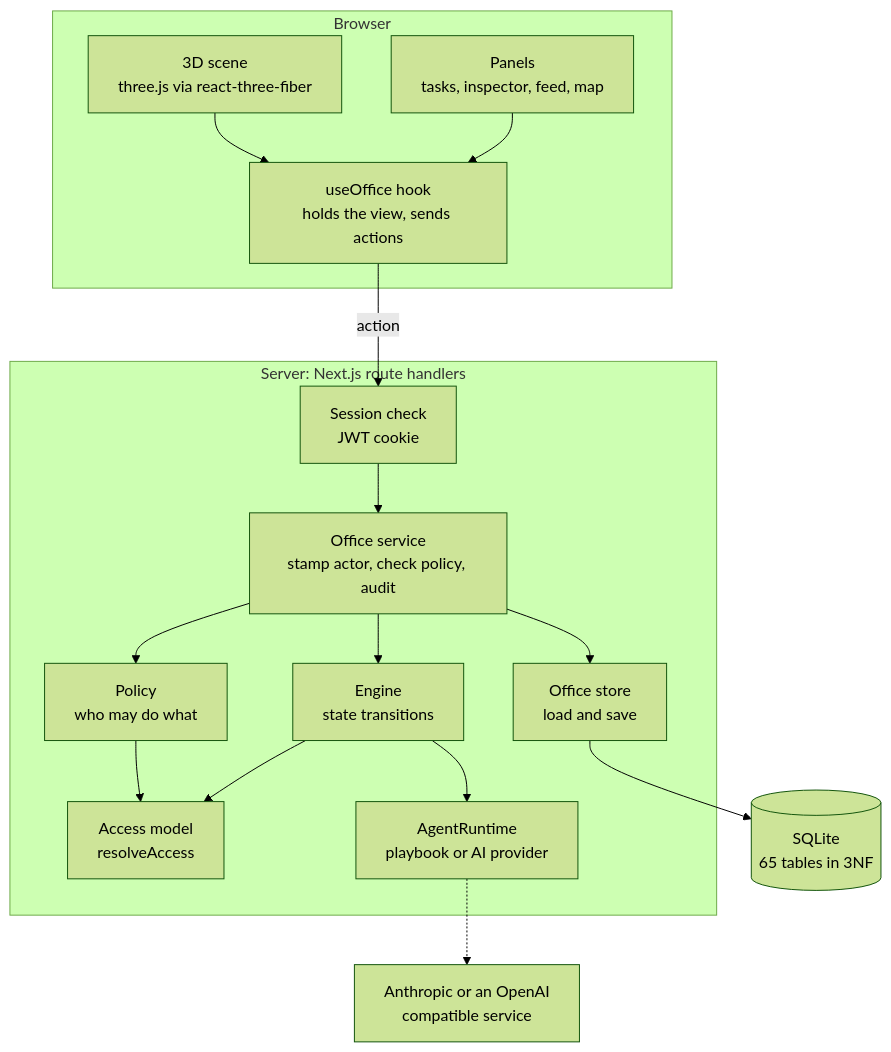
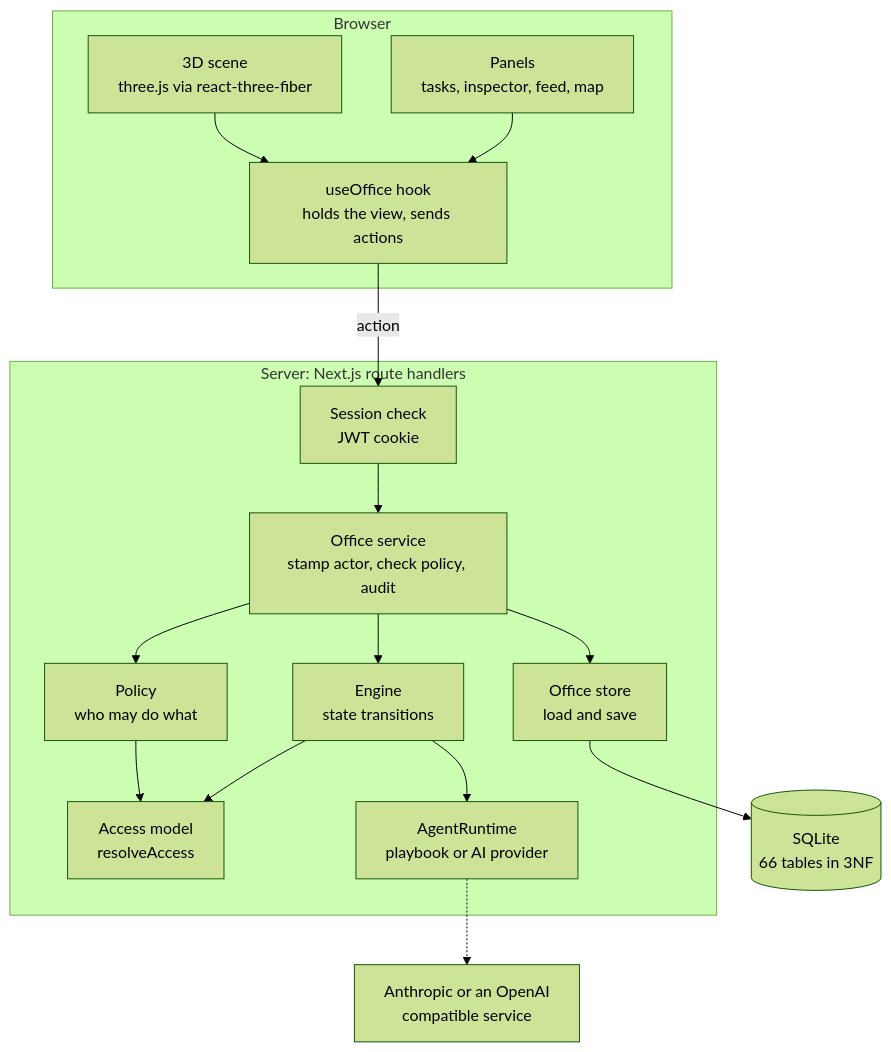
Before and after one commit to seyitgkc/ai-virtual-office: the first of 16 diagrams in README.md, drawn with Mermaid (forest theme). The commit also changed other lines of this file and 16 other files, not shown here.

````diff
--- a/README.md
+++ b/README.md
@@ -735,34 +747,34 @@
 ```mermaid
 flowchart TB
   subgraph Browser
     scene["3D scene<br/>three.js via react-three-fiber"]
     panels["Panels<br/>tasks, inspector, feed, map"]
     hook["useOffice hook<br/>holds the view, sends actions"]
     scene --> hook
     panels --> hook
   end
 
   subgraph Server["Server: Next.js route handlers"]
     http["Session check<br/>JWT cookie"]
     service["Office service<br/>stamp actor, check policy, audit"]
     policy["Policy<br/>who may do what"]
     engine["Engine<br/>state transitions"]
     access["Access model<br/>resolveAccess"]
     runtime["AgentRuntime<br/>playbook or AI provider"]
     store["Office store<br/>load and save"]
   end
 
-  db[("SQLite<br/>65 tables in 3NF")]
+  db[("SQLite<br/>66 tables in 3NF")]
   llm["Anthropic or an OpenAI<br/>compatible service"]
 
   hook -->|"action"| http
   http --> service
   service --> policy
   service --> engine
   policy --> access
   engine --> access
   engine --> runtime
   runtime -.-> llm
   service --> store
   store --> db
 ```
````
